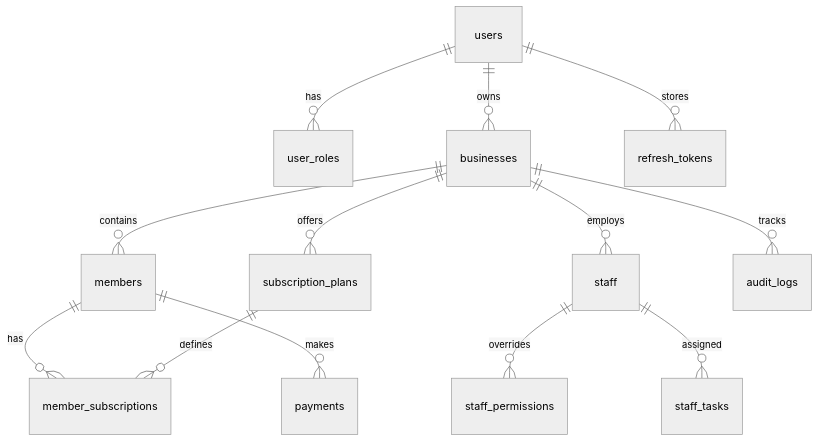
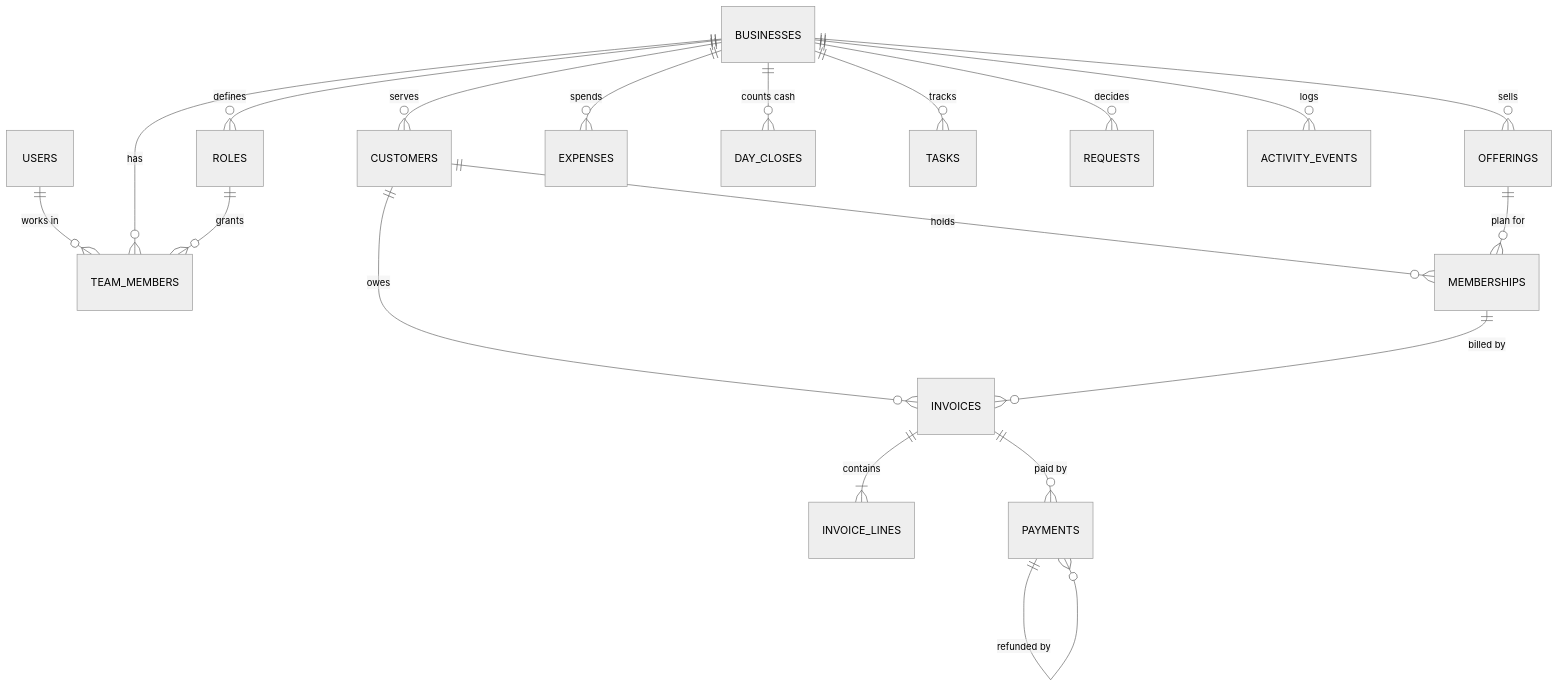
One commit to Nitinr0306/Managio-Business-Management-System- changed the tenth of 11 diagrams in README.md. Above: the diagram before and after it, drawn with Mermaid (neutral theme). The commit also changed other lines of this file and 775 other files, not shown here.

````diff
--- a/README.md
+++ b/README.md
@@ -601,15 +315,21 @@
 ```mermaid
 erDiagram
-    users ||--o{ user_roles : has
-    users ||--o{ businesses : owns
-    businesses ||--o{ members : contains
-    businesses ||--o{ staff : employs
-    businesses ||--o{ subscription_plans : offers
-    members ||--o{ member_subscriptions : has
-    subscription_plans ||--o{ member_subscriptions : defines
-    members ||--o{ payments : makes
-    staff ||--o{ staff_permissions : overrides
-    staff ||--o{ staff_tasks : assigned
-    businesses ||--o{ audit_logs : tracks
-    users ||--o{ refresh_tokens : stores
+    USERS ||--o{ TEAM_MEMBERS : "works in"
+    BUSINESSES ||--o{ TEAM_MEMBERS : has
+    ROLES ||--o{ TEAM_MEMBERS : grants
+    BUSINESSES ||--o{ ROLES : defines
+    BUSINESSES ||--o{ CUSTOMERS : serves
+    BUSINESSES ||--o{ OFFERINGS : sells
+    CUSTOMERS ||--o{ MEMBERSHIPS : holds
+    OFFERINGS ||--o{ MEMBERSHIPS : "plan for"
+    CUSTOMERS ||--o{ INVOICES : owes
+    MEMBERSHIPS ||--o{ INVOICES : "billed by"
+    INVOICES ||--|{ INVOICE_LINES : contains
+    INVOICES ||--o{ PAYMENTS : "paid by"
+    PAYMENTS ||--o{ PAYMENTS : "refunded by"
+    BUSINESSES ||--o{ EXPENSES : spends
+    BUSINESSES ||--o{ DAY_CLOSES : "counts cash"
+    BUSINESSES ||--o{ TASKS : tracks
+    BUSINESSES ||--o{ REQUESTS : decides
+    BUSINESSES ||--o{ ACTIVITY_EVENTS : logs
 ```
````
